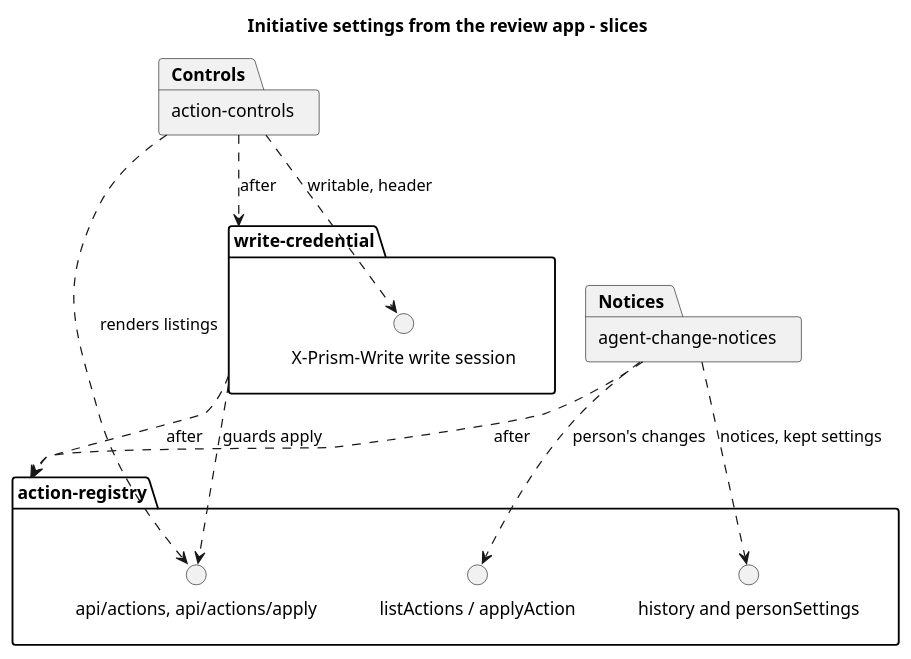
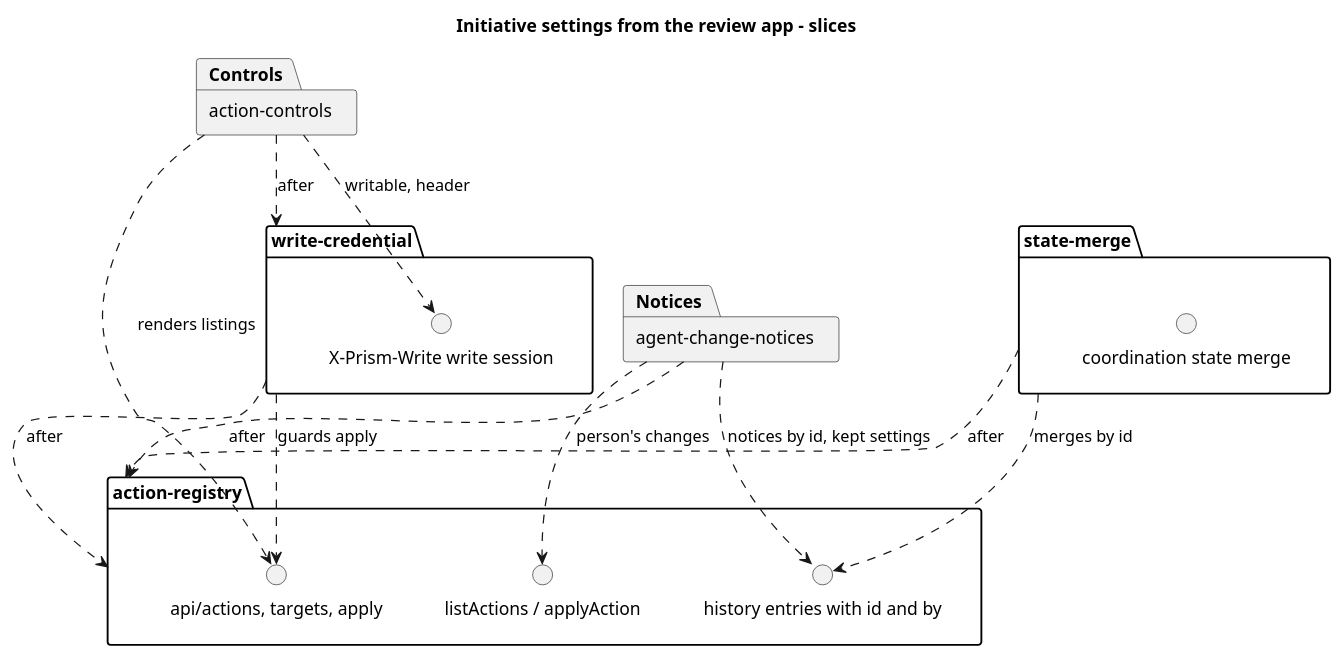
The diagram in docs/plans/initiative-settings-actions/overview.puml (RumyantsevMichael/Prism), drawn with PlantUML before and after one commit. The commit also changed 21 other files, not shown here.

```diff
--- a/docs/plans/initiative-settings-actions/overview.puml
+++ b/docs/plans/initiative-settings-actions/overview.puml
@@ -1,21 +1,26 @@
 @startuml
 title Initiative settings from the review app - slices
 package "action-registry" as Registry {
   interface "listActions / applyAction" as Api
-  interface "api/actions, api/actions/apply" as Routes
-  interface "history and personSettings" as History
+  interface "api/actions, targets, apply" as Routes
+  interface "history entries with id and by" as History
+}
+package "state-merge" as Merge {
+  interface "coordination state merge" as StateMerge
 }
 package "write-credential" as Credential {
   interface "X-Prism-Write write session" as Session
 }
 package "action-controls" as Controls
 package "agent-change-notices" as Notices
+Merge ..> History : merges by id
 Credential ..> Routes : guards apply
 Controls ..> Routes : renders listings
 Controls ..> Session : writable, header
-Notices ..> History : notices, kept settings
+Notices ..> History : notices by id, kept settings
 Notices ..> Api : person's changes
+Merge ..> Registry : after
 Credential ..> Registry : after
 Controls ..> Credential : after
 Notices ..> Registry : after
 @enduml
```
